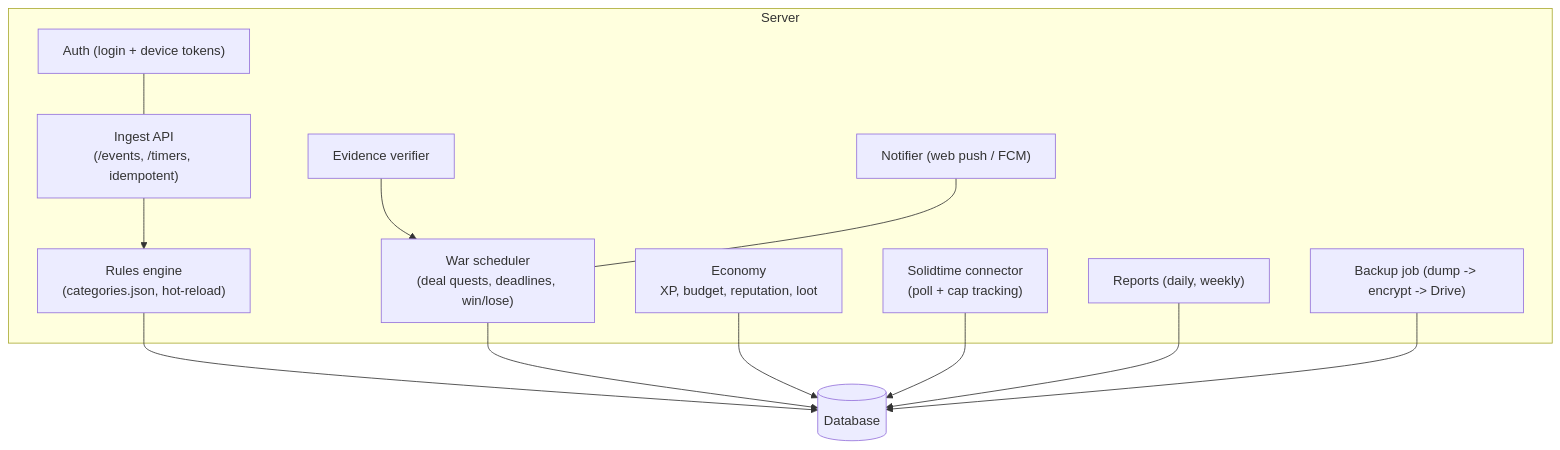
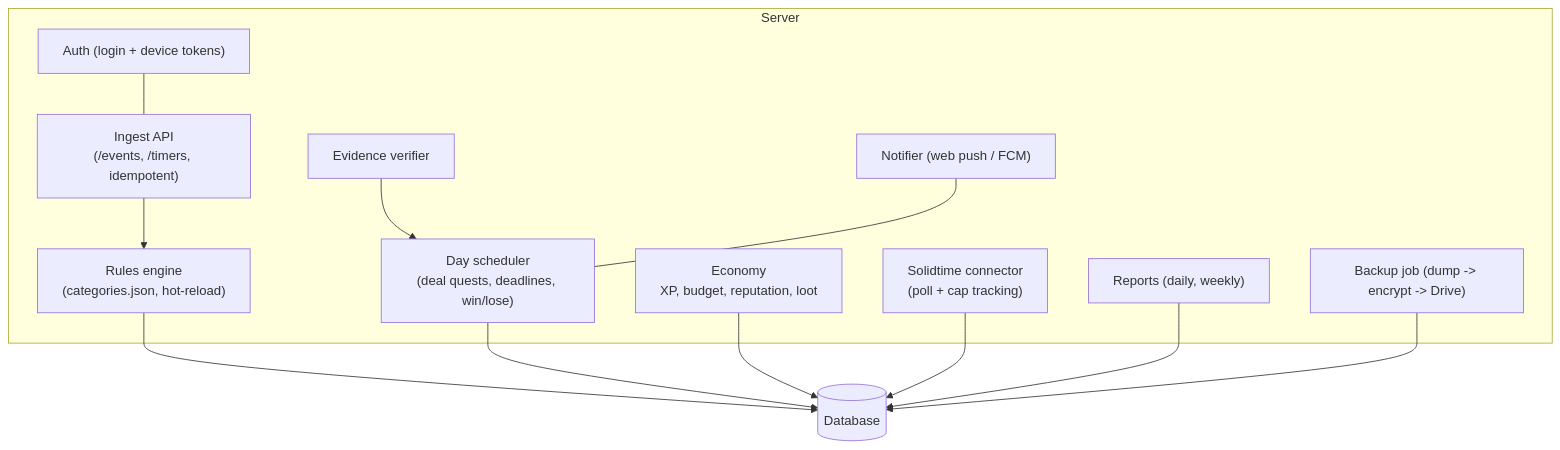
The third of 6 diagrams in docs/ARCHITECTURE.md (MSVhora/life-game), drawn with Mermaid before and after one commit. The commit also changed other lines of this file and 7 other files, not shown here.

````diff
--- a/docs/ARCHITECTURE.md
+++ b/docs/ARCHITECTURE.md
@@ -55,25 +55,25 @@
 ```mermaid
 flowchart TB
   subgraph Server
     AUTH["Auth (login + device tokens)"]
     ING["Ingest API\n(/events, /timers, idempotent)"]
     RUL["Rules engine\n(categories.json, hot-reload)"]
-    WAR["War scheduler\n(deal quests, deadlines, win/lose)"]
+    DAY["Day scheduler\n(deal quests, deadlines, win/lose)"]
     VER["Evidence verifier"]
     ECO["Economy\nXP, budget, reputation, loot"]
     SOL["Solidtime connector\n(poll + cap tracking)"]
     NOTI["Notifier (web push / FCM)"]
     REP["Reports (daily, weekly)"]
     BAK["Backup job (dump -> encrypt -> Drive)"]
   end
   DB[("Database")]
   ING --> RUL --> DB
-  WAR --> DB
-  VER --> WAR
+  DAY --> DB
+  VER --> DAY
   ECO --> DB
   SOL --> DB
-  NOTI --- WAR
+  NOTI --- DAY
   REP --> DB
   BAK --> DB
   AUTH --- ING
 ```
````
